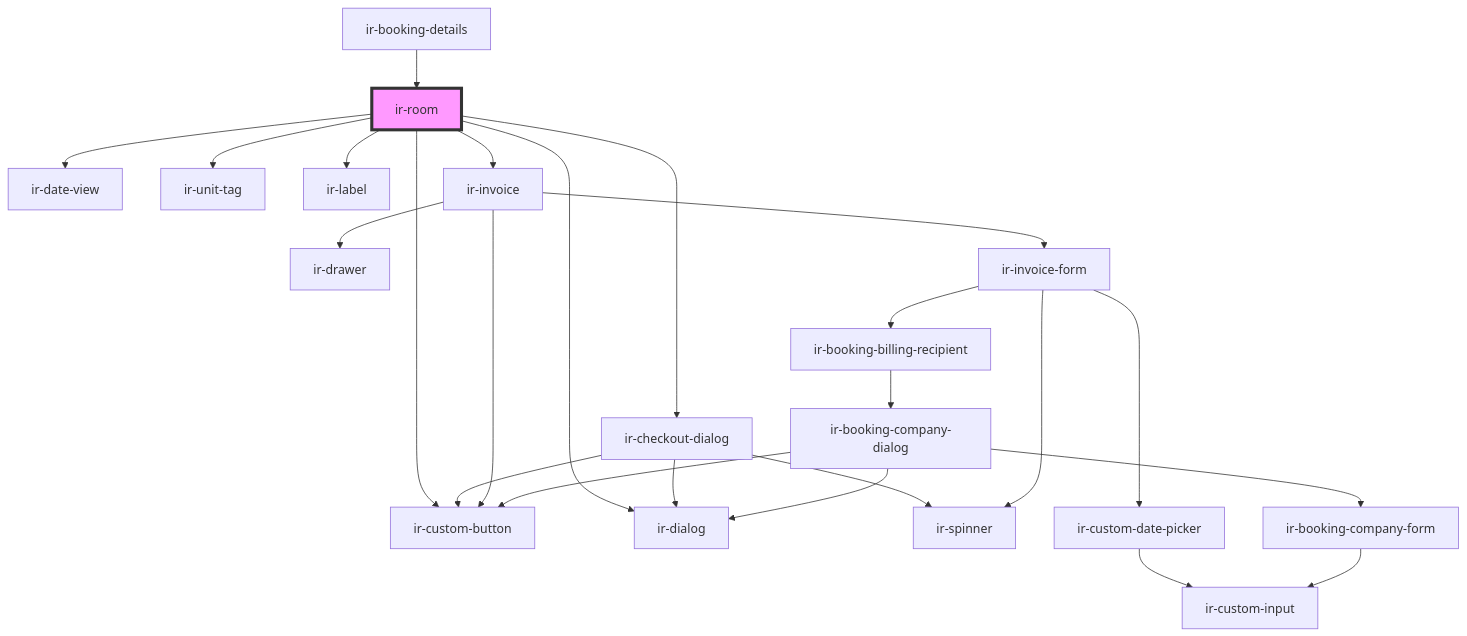
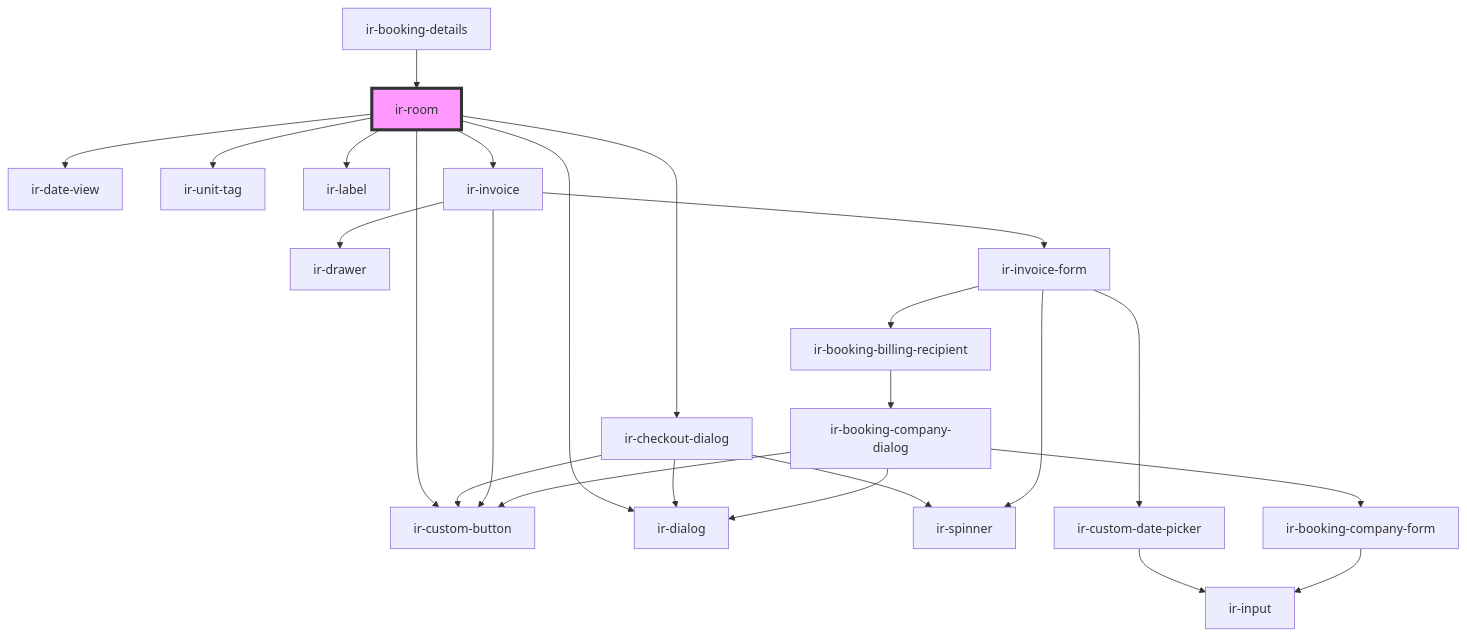
One commit to David1Chowaifaty/modified-ir-webcmp changed the diagram in src/components/ir-booking-details/ir-room/readme.md. Above: the diagram before and after it, drawn with Mermaid. The commit also changed 38 other files, not shown here.

````diff
--- a/src/components/ir-booking-details/ir-room/readme.md
+++ b/src/components/ir-booking-details/ir-room/readme.md
@@ -63,27 +63,27 @@
 ```mermaid
 graph TD;
   ir-room --> ir-custom-button
   ir-room --> ir-date-view
   ir-room --> ir-unit-tag
   ir-room --> ir-label
   ir-room --> ir-dialog
   ir-room --> ir-checkout-dialog
   ir-room --> ir-invoice
   ir-checkout-dialog --> ir-dialog
   ir-checkout-dialog --> ir-spinner
   ir-checkout-dialog --> ir-custom-button
   ir-invoice --> ir-drawer
   ir-invoice --> ir-invoice-form
   ir-invoice --> ir-custom-button
   ir-invoice-form --> ir-spinner
   ir-invoice-form --> ir-custom-date-picker
   ir-invoice-form --> ir-booking-billing-recipient
-  ir-custom-date-picker --> ir-custom-input
+  ir-custom-date-picker --> ir-input
   ir-booking-billing-recipient --> ir-booking-company-dialog
   ir-booking-company-dialog --> ir-dialog
   ir-booking-company-dialog --> ir-booking-company-form
   ir-booking-company-dialog --> ir-custom-button
-  ir-booking-company-form --> ir-custom-input
+  ir-booking-company-form --> ir-input
   ir-booking-details --> ir-room
   style ir-room fill:#f9f,stroke:#333,stroke-width:4px
 ```
````
